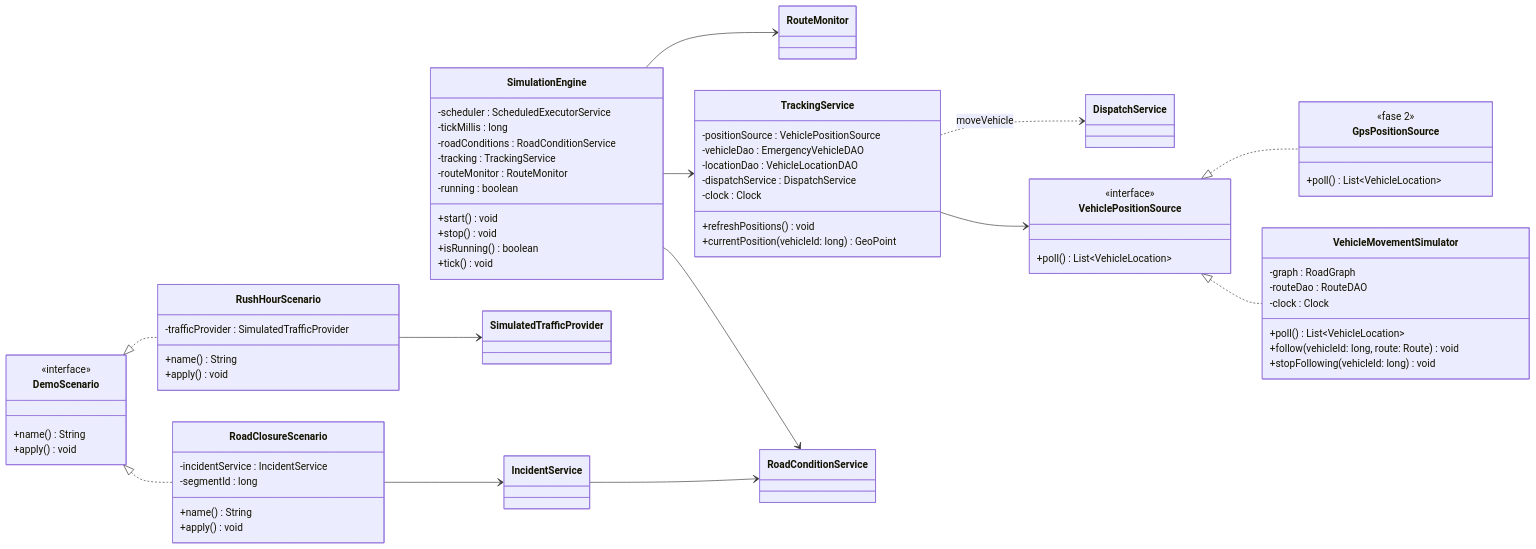
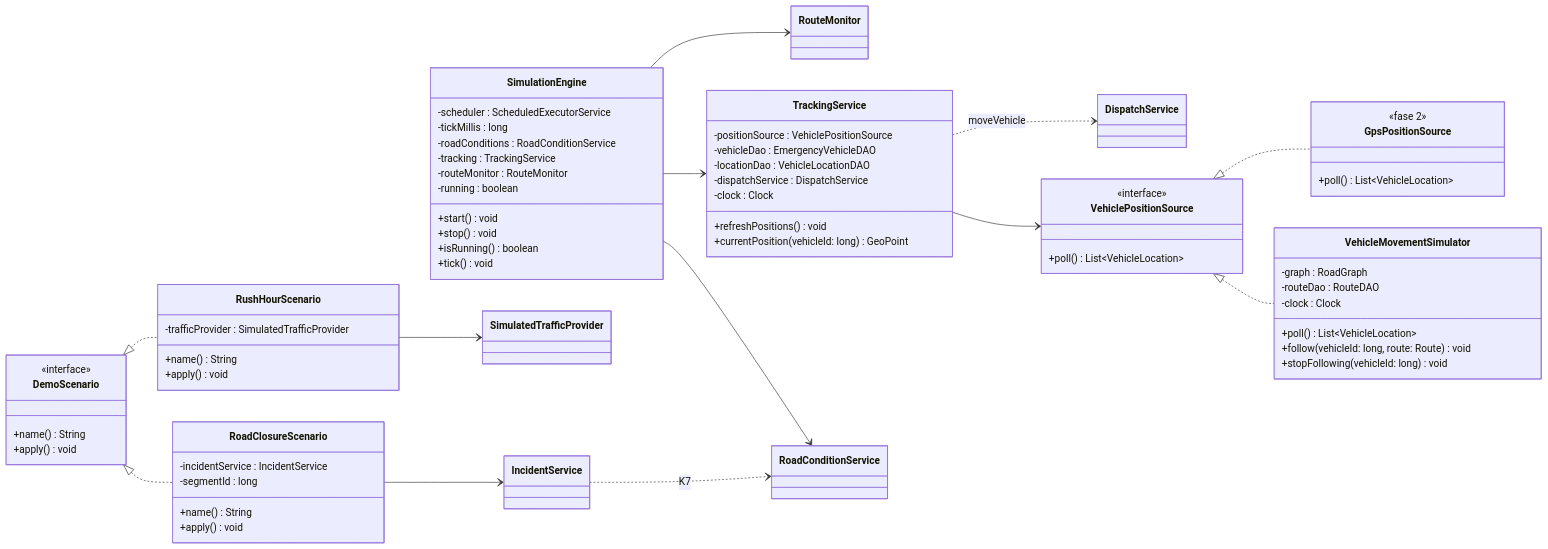
Diagram 19 of 24 in docs/class-diagram.md (afzabaleta/RutaVida), drawn with Mermaid before and after one commit. The commit also changed other lines of this file, not shown here.

Commit message:
docs: update incident use cases class diagram

````diff
--- a/docs/class-diagram.md
+++ b/docs/class-diagram.md
@@ -1469,80 +1474,80 @@
 ```mermaid
 ---
 config:
   markdownAutoWrap: false
 ---
 classDiagram
     direction LR
 
     class SimulationEngine {
         -scheduler : ScheduledExecutorService
         -tickMillis : long
         -roadConditions : RoadConditionService
         -tracking : TrackingService
         -routeMonitor : RouteMonitor
         -running : boolean
         +start() void
         +stop() void
         +isRunning() boolean
         +tick() void
     }
     class TrackingService {
         -positionSource : VehiclePositionSource
         -vehicleDao : EmergencyVehicleDAO
         -locationDao : VehicleLocationDAO
         -dispatchService : DispatchService
         -clock : Clock
         +refreshPositions() void
         +currentPosition(vehicleId: long) GeoPoint
     }
     class VehiclePositionSource {
         <<interface>>
         +poll() List~VehicleLocation~
     }
     class VehicleMovementSimulator {
         -graph : RoadGraph
         -routeDao : RouteDAO
         -clock : Clock
         +poll() List~VehicleLocation~
         +follow(vehicleId: long, route: Route) void
         +stopFollowing(vehicleId: long) void
     }
     class GpsPositionSource {
         <<fase 2>>
         +poll() List~VehicleLocation~
     }
     class DemoScenario {
         <<interface>>
         +name() String
         +apply() void
     }
     class RoadClosureScenario {
         -incidentService : IncidentService
         -segmentId : long
         +name() String
         +apply() void
     }
     class RushHourScenario {
         -trafficProvider : SimulatedTrafficProvider
         +name() String
         +apply() void
     }
     class RoadConditionService
     class IncidentService
     class SimulatedTrafficProvider
     class RouteMonitor
     class DispatchService
 
     VehiclePositionSource <|.. VehicleMovementSimulator
     VehiclePositionSource <|.. GpsPositionSource
     DemoScenario <|.. RoadClosureScenario
     DemoScenario <|.. RushHourScenario
-    IncidentService --> RoadConditionService
+    IncidentService ..> RoadConditionService : K7
     TrackingService --> VehiclePositionSource
     SimulationEngine --> RoadConditionService
     SimulationEngine --> TrackingService
     SimulationEngine --> RouteMonitor
     TrackingService ..> DispatchService : moveVehicle
     RoadClosureScenario --> IncidentService
     RushHourScenario --> SimulatedTrafficProvider
 ```
````
